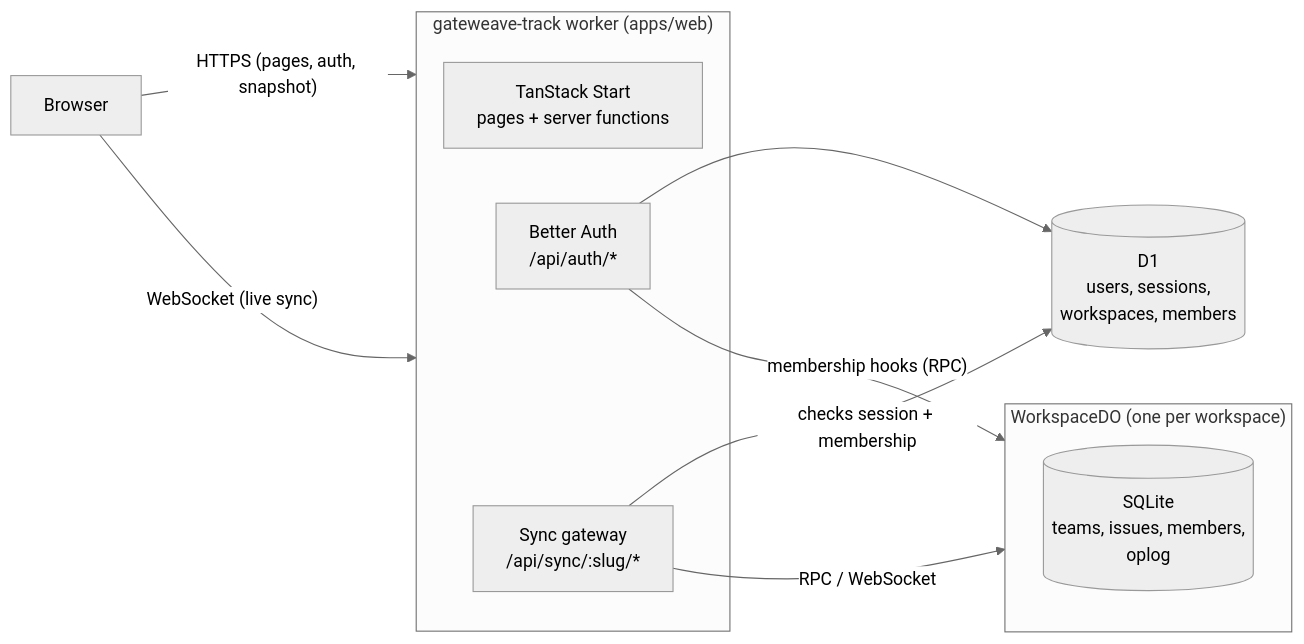
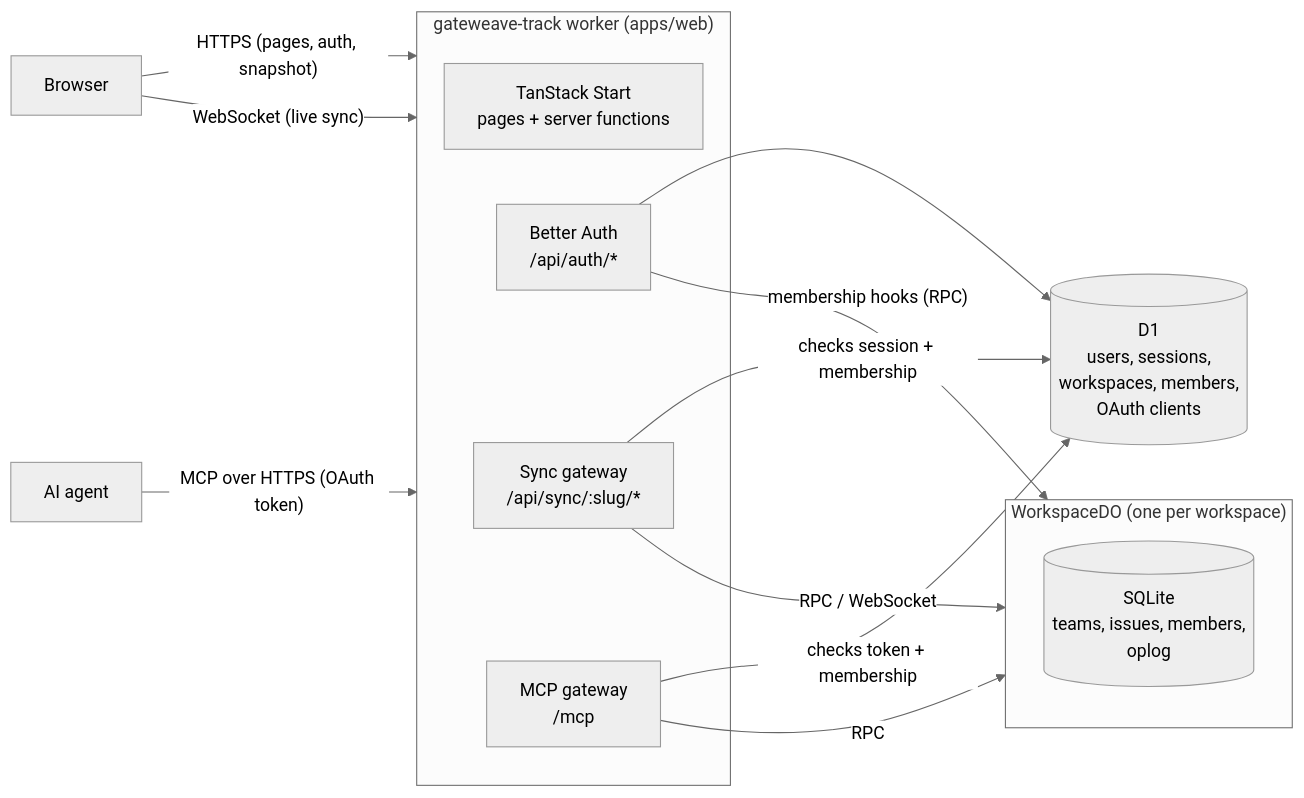
One commit to gateweavehq/track changed the diagram in docs/architecture.md. Above: the diagram before and after it, drawn with Mermaid (neutral theme). The commit also changed other lines of this file and 26 other files, not shown here.

````diff
--- a/docs/architecture.md
+++ b/docs/architecture.md
@@ -8,17 +8,21 @@
 ```mermaid
 flowchart LR
   Browser -- "HTTPS (pages, auth, snapshot)" --> Worker
   Browser -- "WebSocket (live sync)" --> Worker
+  Agent["AI agent"] -- "MCP over HTTPS (OAuth token)" --> Worker
   subgraph Worker["gateweave-track worker (apps/web)"]
     Start["TanStack Start<br/>pages + server functions"]
     Auth["Better Auth<br/>/api/auth/*"]
     Gateway["Sync gateway<br/>/api/sync/:slug/*"]
+    Mcp["MCP gateway<br/>/mcp"]
   end
-  Auth --> D1[("D1<br/>users, sessions,<br/>workspaces, members")]
+  Auth --> D1[("D1<br/>users, sessions,<br/>workspaces, members,<br/>OAuth clients")]
   Gateway -- "checks session + membership" --> D1
   Gateway -- "RPC / WebSocket" --> DO
+  Mcp -- "checks token + membership" --> D1
+  Mcp -- "RPC" --> DO
   Auth -- "membership hooks (RPC)" --> DO
   subgraph DO["WorkspaceDO (one per workspace)"]
     SQLite[("SQLite<br/>teams, issues, members,<br/>oplog")]
   end
 ```
````
